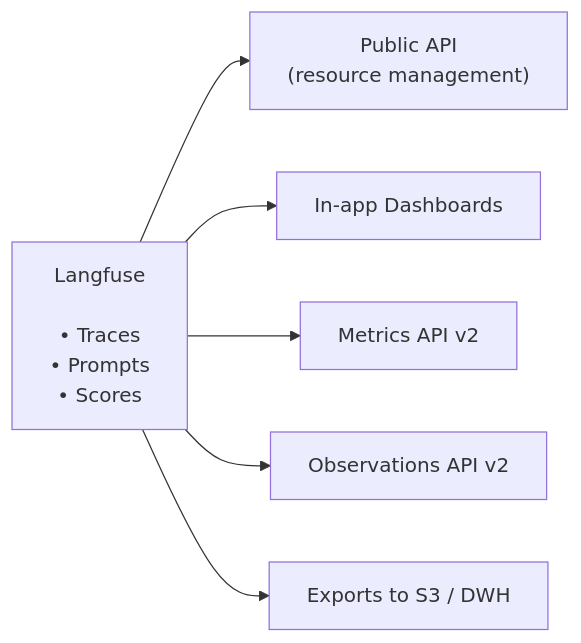
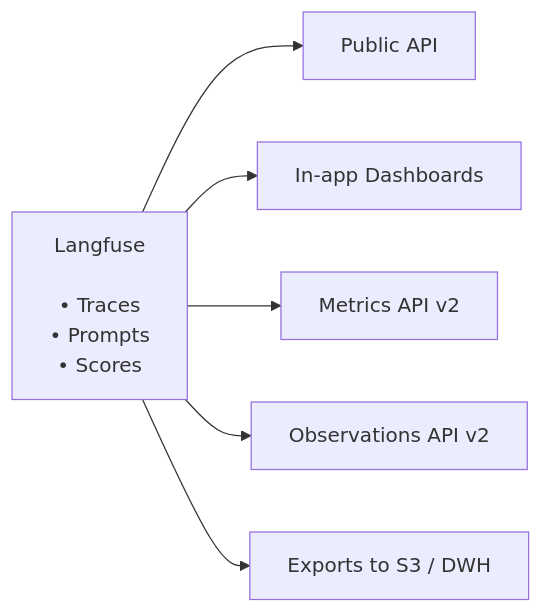
One commit to langfuse/langfuse-docs changed the diagram in content/docs/api-and-data-platform/overview.mdx. Above: the diagram before and after it, drawn with Mermaid.

Commit message:
docs: restore public api graph label

````diff
--- a/content/docs/api-and-data-platform/overview.mdx
+++ b/content/docs/api-and-data-platform/overview.mdx
@@ -31,10 +31,10 @@
 ```mermaid
 graph LR
     LF["Langfuse<br/><br/>• Traces<br/>• Prompts<br/>• Scores"]
 
-    LF --> API["Public API<br/>(resource management)"]
+    LF --> API["Public API"]
     LF --> Dash["In-app Dashboards"]
     LF --> Metrics["Metrics API v2"]
     LF --> Observations["Observations API v2"]
     LF --> Export["Exports to S3 / DWH"]
 ```
````
